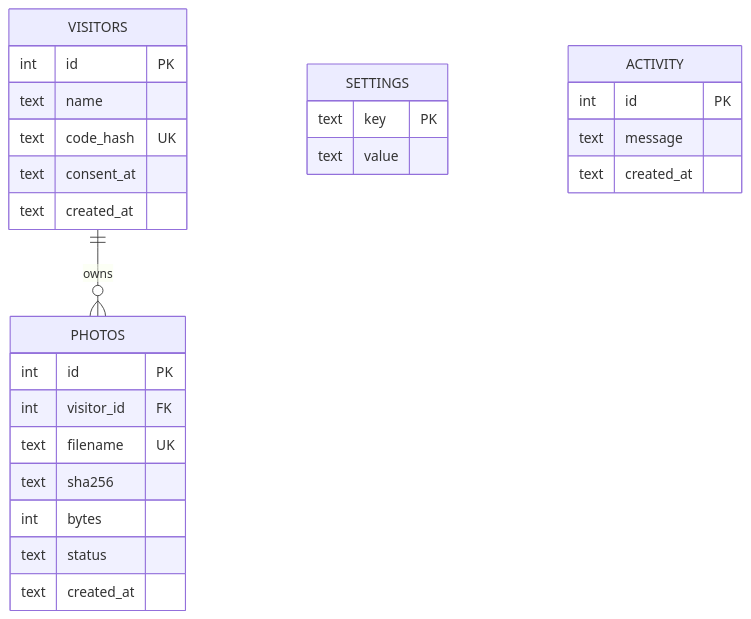
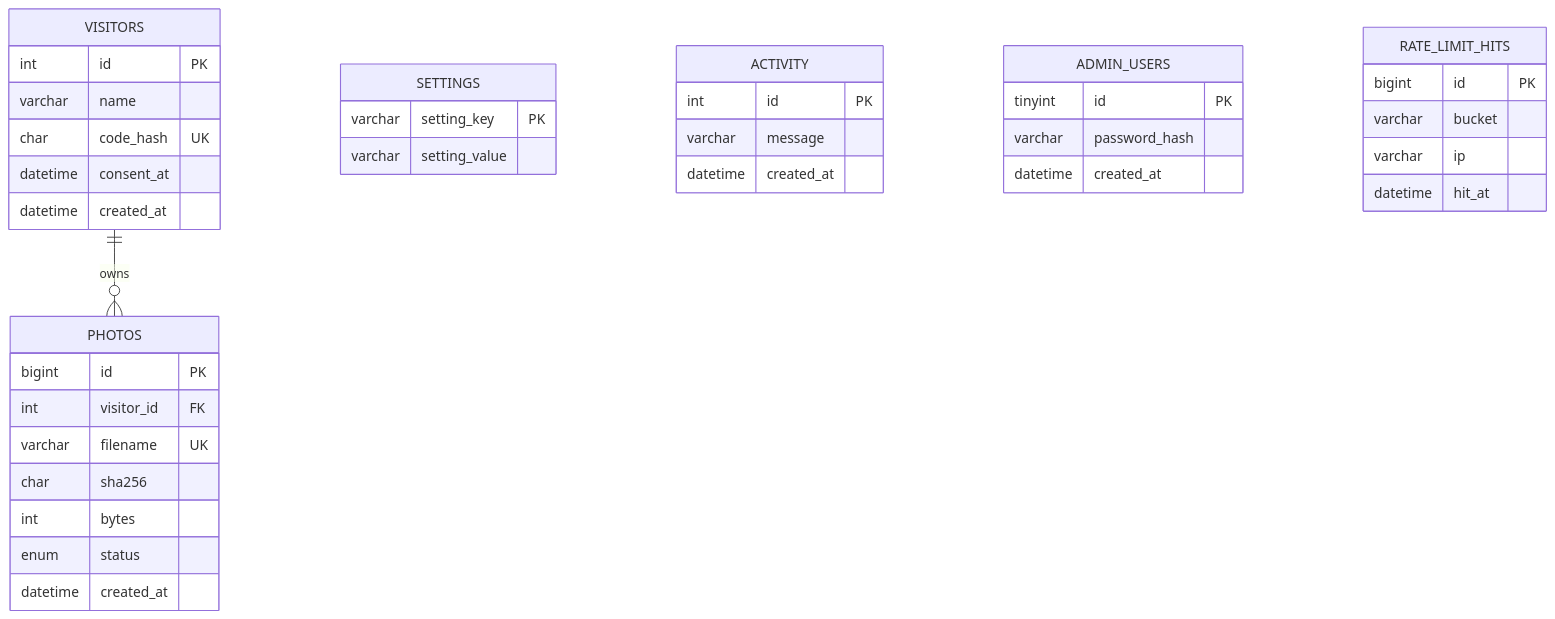
One commit to Nikunj-Yadav/visitor-slideshow changed the third of 3 diagrams in ARCHITECTURE.md. Above: the diagram before and after it, drawn with Mermaid. The commit also changed other lines of this file and 14 other files, not shown here.

Commit message:
docs: PHP/MySQL README (XAMPP guide), ASSUMPTIONS, ARCHITECTURE, AI_LOG part 2, genuine TEST_RESULTS

````diff
--- a/ARCHITECTURE.md
+++ b/ARCHITECTURE.md
@@ -47,8 +50,10 @@
 ```mermaid
 erDiagram
   VISITORS ||--o{ PHOTOS : owns
-  VISITORS { int id PK  text name  text code_hash UK  text consent_at  text created_at }
-  PHOTOS   { int id PK  int visitor_id FK  text filename UK  text sha256  int bytes  text status  text created_at }
-  SETTINGS { text key PK  text value }
-  ACTIVITY { int id PK  text message  text created_at }
+  VISITORS { int id PK  varchar name  char code_hash UK  datetime consent_at  datetime created_at }
+  PHOTOS   { bigint id PK  int visitor_id FK  varchar filename UK  char sha256  int bytes  enum status  datetime created_at }
+  SETTINGS { varchar setting_key PK  varchar setting_value }
+  ACTIVITY { int id PK  varchar message  datetime created_at }
+  ADMIN_USERS { tinyint id PK  varchar password_hash  datetime created_at }
+  RATE_LIMIT_HITS { bigint id PK  varchar bucket  varchar ip  datetime hit_at }
 ```
````
